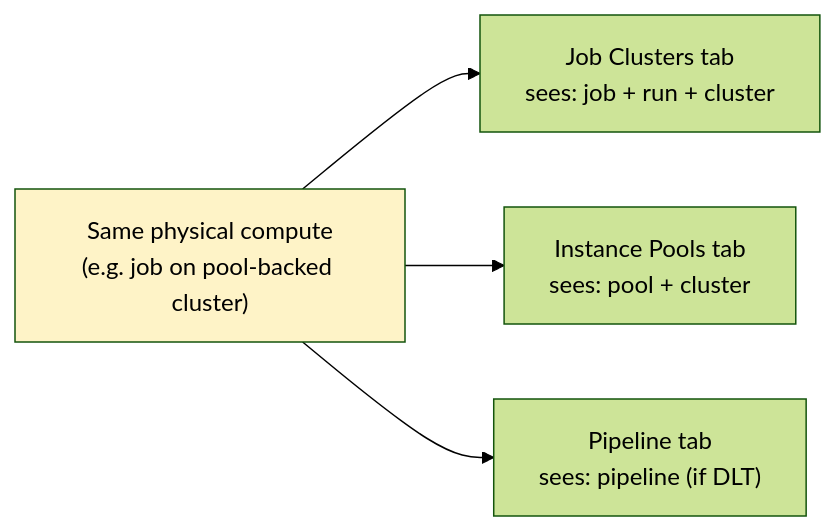
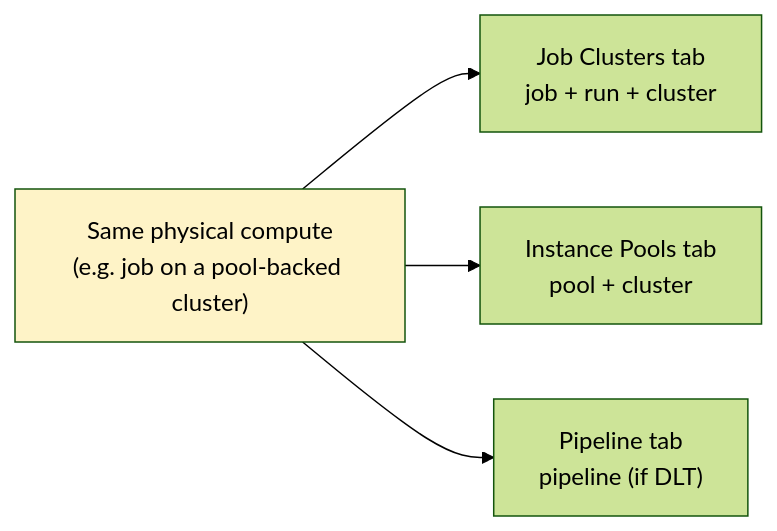
Before and after one commit to AdityaMandiwal/DBSPEND360: the sixth of 6 diagrams in docs/data_model.md, drawn with Mermaid (forest theme). The commit also changed other lines of this file and 1 other file, not shown here.

````diff
--- a/docs/data_model.md
+++ b/docs/data_model.md
@@ -548,10 +193,8 @@
 ```mermaid
 flowchart LR
-    COMPUTE["Same physical compute<br/>(e.g. job on pool-backed cluster)"]
-
-    COMPUTE --> L1["Job Clusters tab<br/>sees: job + run + cluster"]
-    COMPUTE --> L2["Instance Pools tab<br/>sees: pool + cluster"]
-    COMPUTE --> L3["Pipeline tab<br/>sees: pipeline (if DLT)"]
-
+    COMPUTE["Same physical compute<br/>(e.g. job on a pool-backed cluster)"]
+    COMPUTE --> L1["Job Clusters tab<br/>job + run + cluster"]
+    COMPUTE --> L2["Instance Pools tab<br/>pool + cluster"]
+    COMPUTE --> L3["Pipeline tab<br/>pipeline (if DLT)"]
     style COMPUTE fill:#fef3c7
 ```
````
